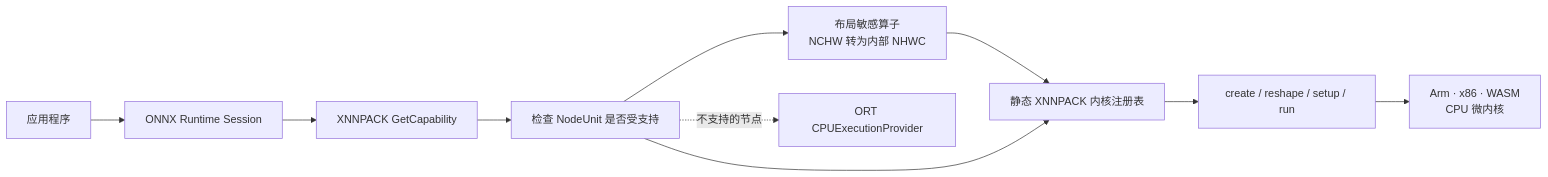
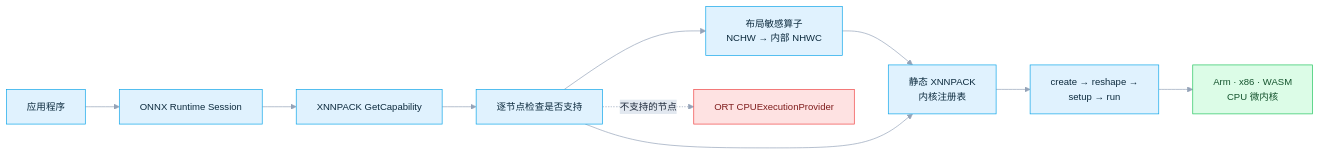
One commit to DakeQQ/Tutorial-ONNX-Runtime-Execution-Providers changed the second of 11 diagrams in XNNPACK/README.zh-CN.md. Above: the diagram before and after it, drawn with Mermaid. The commit also changed other lines of this file and 15 other files, not shown here.

````diff
--- a/XNNPACK/README.zh-CN.md
+++ b/XNNPACK/README.zh-CN.md
@@ -51,12 +114,19 @@
 ```mermaid
+%%{init: {"theme":"base","themeVariables":{"fontSize":"14px","lineColor":"#94a3b8","edgeLabelBackground":"#e2e8f0","primaryTextColor":"#1e293b"}}}%%
 flowchart LR
     APP["应用程序"] --> ORT["ONNX Runtime Session"]
     ORT --> CAP["XNNPACK GetCapability"]
-    CAP --> CHECK["检查 NodeUnit 是否受支持"]
-    CHECK --> LAYOUT["布局敏感算子<br/>NCHW 转为内部 NHWC"]
-    LAYOUT --> KR["静态 XNNPACK 内核注册表"]
+    CAP --> CHECK["逐节点检查是否支持"]
+    CHECK --> LAYOUT["布局敏感算子<br/>NCHW → 内部 NHWC"]
+    LAYOUT --> KR["静态 XNNPACK<br/>内核注册表"]
     CHECK --> KR
-    KR --> OP["create / reshape / setup / run"]
+    KR --> OP["create → reshape →<br/>setup → run"]
     OP --> MK["Arm · x86 · WASM<br/>CPU 微内核"]
     CHECK -. 不支持的节点 .-> CPU["ORT CPUExecutionProvider"]
+    classDef step fill:#e0f2fe,stroke:#0ea5e9,color:#0c2a3d;
+    classDef good fill:#dcfce7,stroke:#22c55e,color:#14532d;
+    classDef bad fill:#fee2e2,stroke:#ef4444,color:#7f1d1d;
+    class APP,ORT,CAP,CHECK,LAYOUT,KR,OP step;
+    class MK good;
+    class CPU bad;
 ```
````
